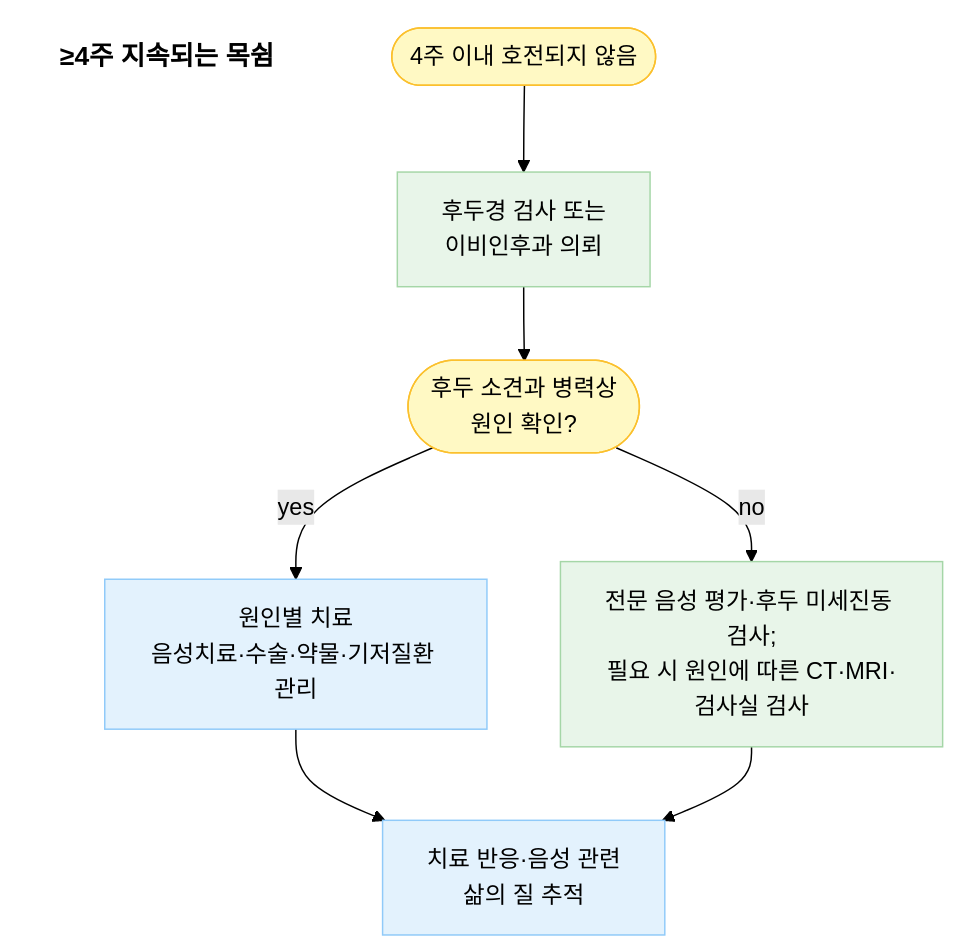
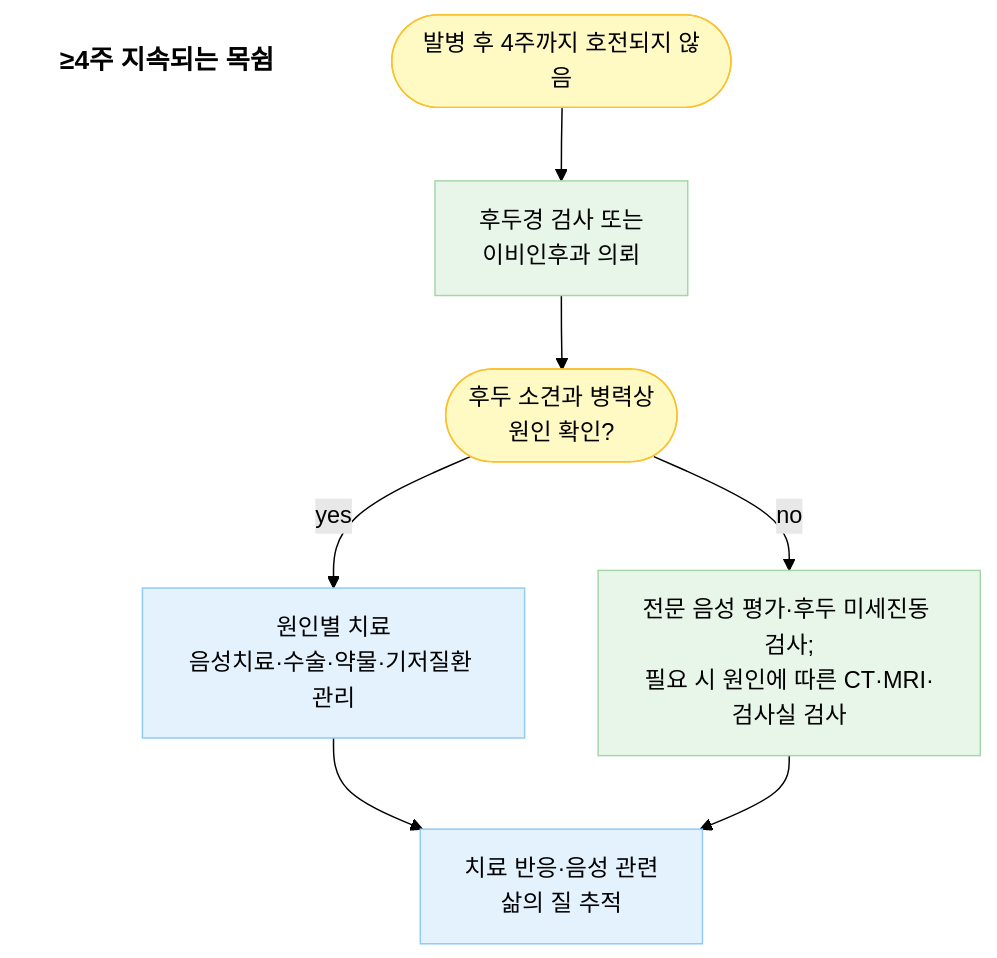
One commit to familyoh77/familyoh77 changed the second of 2 diagrams in 222_/058_-hoarseness.md. Above: the diagram before and after it, drawn with Mermaid (forest theme). The commit also changed other lines of this file and 2 other files, not shown here.

````diff
--- a/222_/058_-hoarseness.md
+++ b/222_/058_-hoarseness.md
@@ -139,21 +139,21 @@
 ```mermaid
 graph TD
     Title[<b>≥4주 지속되는 목쉼</b>]
     style Title fill:none,stroke:none,font-size:18px
 
-    Start([4주 이내 호전되지 않음])
+    Start([발병 후 4주까지 호전되지 않음])
     Start --> L[후두경 검사 또는<br/>이비인후과 의뢰]
     L --> Q([후두 소견과 병력상<br/>원인 확인?])
     Q -- yes --> T[원인별 치료<br/>음성치료·수술·약물·기저질환 관리]
     Q -- no --> W[전문 음성 평가·후두 미세진동 검사;<br/>필요 시 원인에 따른 CT·MRI·검사실 검사]
     T --> F[치료 반응·음성 관련<br/>삶의 질 추적]
     W --> F
 
     classDef yellow fill:#FFF9C4,stroke:#FBC02D;
     classDef blue fill:#E3F2FD,stroke:#90CAF9;
     classDef green fill:#E8F5E9,stroke:#A5D6A7;
 
     class Start,Q yellow;
     class T,F blue;
     class L,W green;
 ```
````
